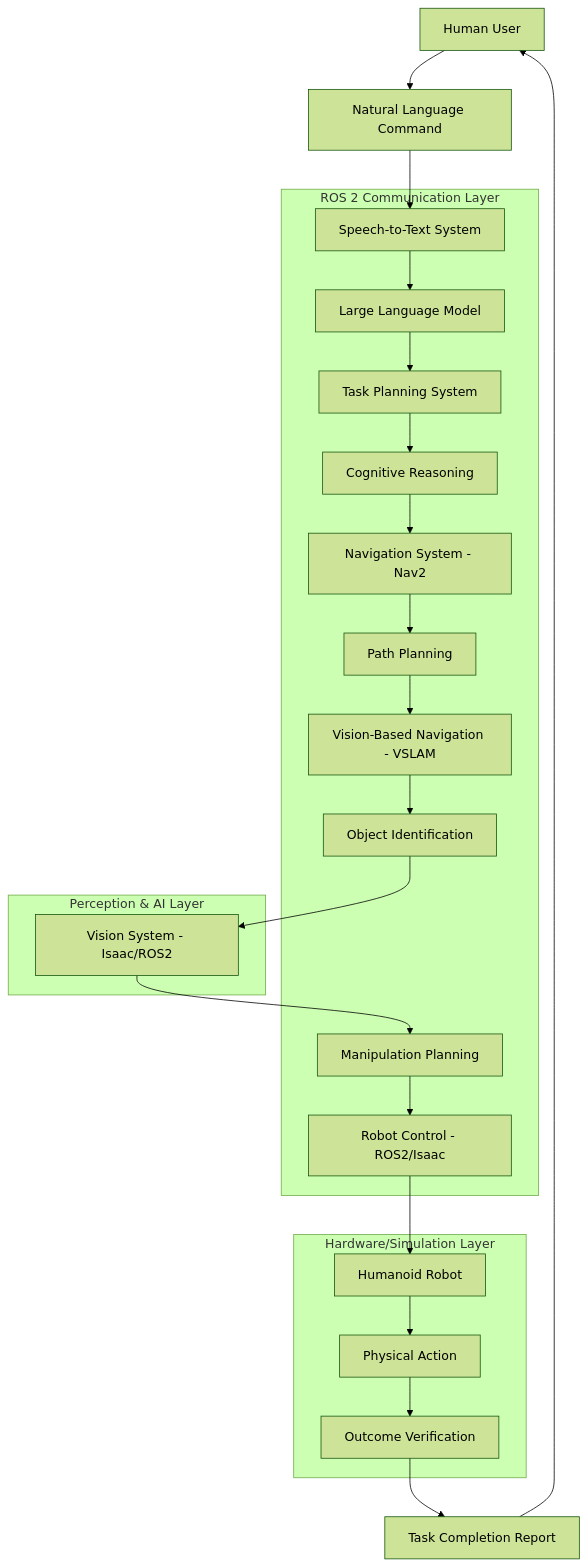
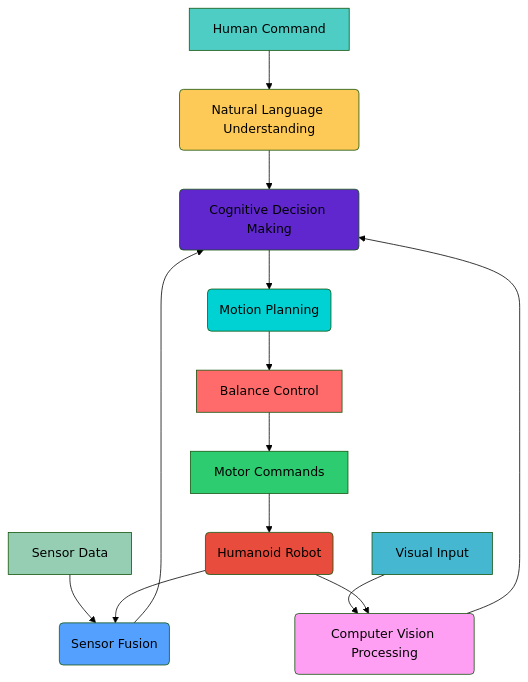
The diagram in docs/docs/physical-ai-robotics/capstone-autonomous-humanoid.md (asma-aslam30/hackathon), drawn with Mermaid (forest theme) before and after one commit. The commit also changed other lines of this file and 44 other files, not shown here.

````diff
--- a/docs/docs/physical-ai-robotics/capstone-autonomous-humanoid.md
+++ b/docs/docs/physical-ai-robotics/capstone-autonomous-humanoid.md
@@ -15,45 +293,27 @@
 ```mermaid
-graph TD
-    A[Human User] --> B[Natural Language Command]
-    B --> C[Speech-to-Text System]
-    C --> D[Large Language Model]
-    D --> E[Task Planning System]
-    E --> F[Cognitive Reasoning]
-    F --> G[Navigation System - Nav2]
-    G --> H[Path Planning]
-    H --> I[Vision-Based Navigation - VSLAM]
-    I --> J[Object Identification]
-    J --> K[Vision System - Isaac/ROS2]
-    K --> L[Manipulation Planning]
-    L --> M[Robot Control - ROS2/Isaac]
-    M --> N[Humanoid Robot]
-    N --> O[Physical Action]
-    O --> P[Outcome Verification]
-    P --> Q[Task Completion Report]
-    Q --> A
+graph TB
+    A[Human Command] --> D(Natural Language Understanding)
+    B[Visual Input] --> E(Computer Vision Processing)
+    C[Sensor Data] --> F(Sensor Fusion)
+    D --> I(Cognitive Decision Making)
+    E --> I
+    F --> I
+    I --> J(Motion Planning)
+    J --> K[Balance Control]
+    K --> L[Motor Commands]
+    L --> M(Humanoid Robot)
+    M --> F
+    M --> E
     
-    subgraph ROS 2 Communication Layer
-        C
-        D
-        E
-        F
-        G
-        H
-        I
-        J
-        L
-        M
-    end
-    
-    subgraph Perception & AI Layer
-        K
-        F
-        D
-    end
-    
-    subgraph Hardware/Simulation Layer
-        N
-        O
-        P
-    end
+    style A fill:#4ecdc4
+    style B fill:#45b7d1
+    style C fill:#96ceb4
+    style D fill:#feca57
+    style E fill:#ff9ff3
+    style F fill:#54a0ff
+    style I fill:#5f27cd
+    style J fill:#00d2d3
+    style K fill:#ff6b6b
+    style L fill:#2ecc71
+    style M fill:#e74c3c
 ```
````
